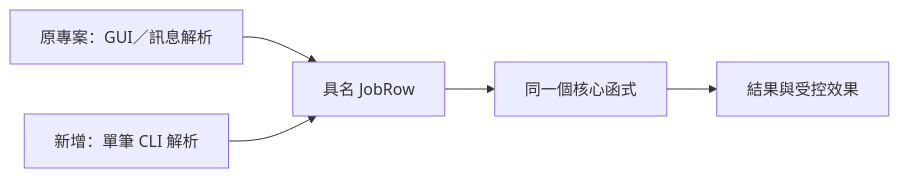
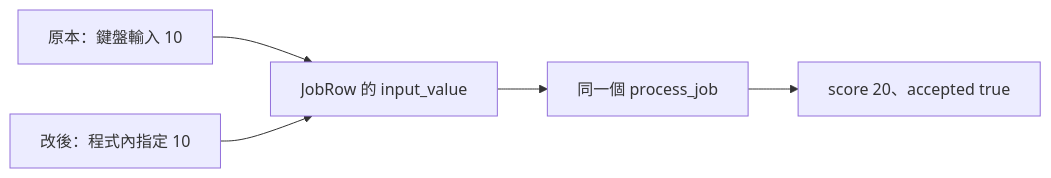
The diagram in docs/cpp-sql-field-tricks/02-one-job.md (wizardhsiehcom/book), drawn with Mermaid before and after one commit. The commit also changed other lines of this file and 31 other files, not shown here.

````diff
--- a/docs/cpp-sql-field-tricks/02-one-job.md
+++ b/docs/cpp-sql-field-tricks/02-one-job.md
@@ -11,7 +92,7 @@
 ```mermaid
 flowchart LR
-    A["原專案：GUI／訊息解析"] --> B["具名 JobRow"]
-    C["新增：單筆 CLI 解析"] --> B
-    B --> D["同一個核心函式"]
-    D --> E["結果與受控效果"]
+    A["原本：鍵盤輸入 10"] --> C["JobRow 的 input_value"]
+    B["改後：程式內指定 10"] --> C
+    C --> D["同一個 process_job"]
+    D --> E["score 20、accepted true"]
 ```
````
